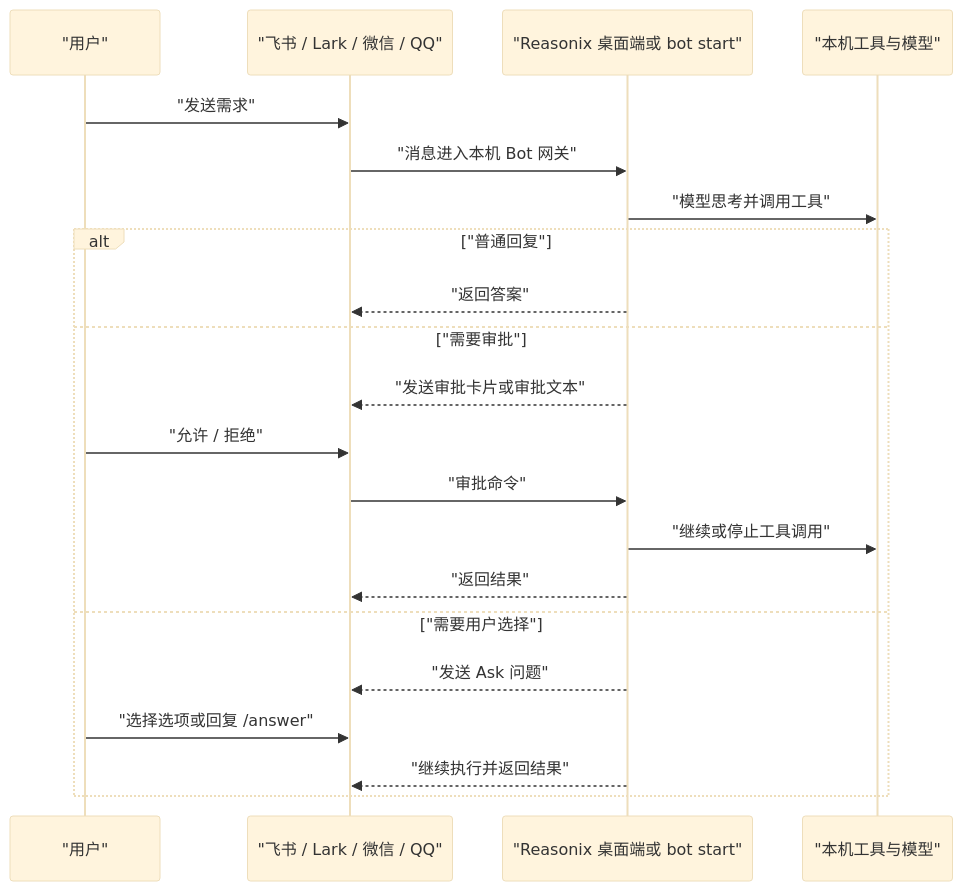
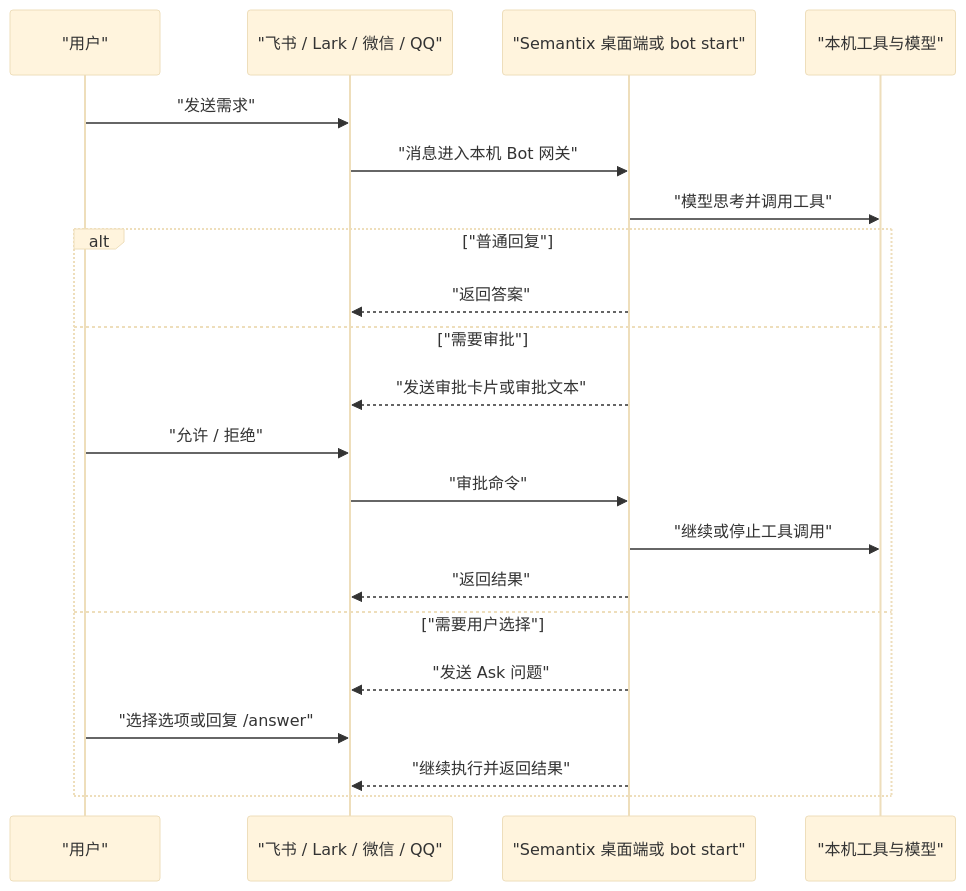
One commit to Allenllii/semantix changed the second of 3 diagrams in harness/docs/BOT_GUIDE.zh-CN.md. Above: the diagram before and after it, drawn with Mermaid (base theme). The commit also changed other lines of this file and 694 other files, not shown here.

First line of the commit message:
feat(rebrand): 全仓品牌替换 reasonix → semantix（彻底版）

````diff
--- a/harness/docs/BOT_GUIDE.zh-CN.md
+++ b/harness/docs/BOT_GUIDE.zh-CN.md
@@ -241,24 +241,24 @@
 ```mermaid
 sequenceDiagram
   participant U as "用户"
   participant IM as "飞书 / Lark / 微信 / QQ"
-  participant R as "Reasonix 桌面端或 bot start"
+  participant R as "Semantix 桌面端或 bot start"
   participant T as "本机工具与模型"
 
   U->>IM: "发送需求"
   IM->>R: "消息进入本机 Bot 网关"
   R->>T: "模型思考并调用工具"
   alt "普通回复"
     R-->>IM: "返回答案"
   else "需要审批"
     R-->>IM: "发送审批卡片或审批文本"
     U->>IM: "允许 / 拒绝"
     IM->>R: "审批命令"
     R->>T: "继续或停止工具调用"
     R-->>IM: "返回结果"
   else "需要用户选择"
     R-->>IM: "发送 Ask 问题"
     U->>IM: "选择选项或回复 /answer"
     R-->>IM: "继续执行并返回结果"
   end
 ```
````
